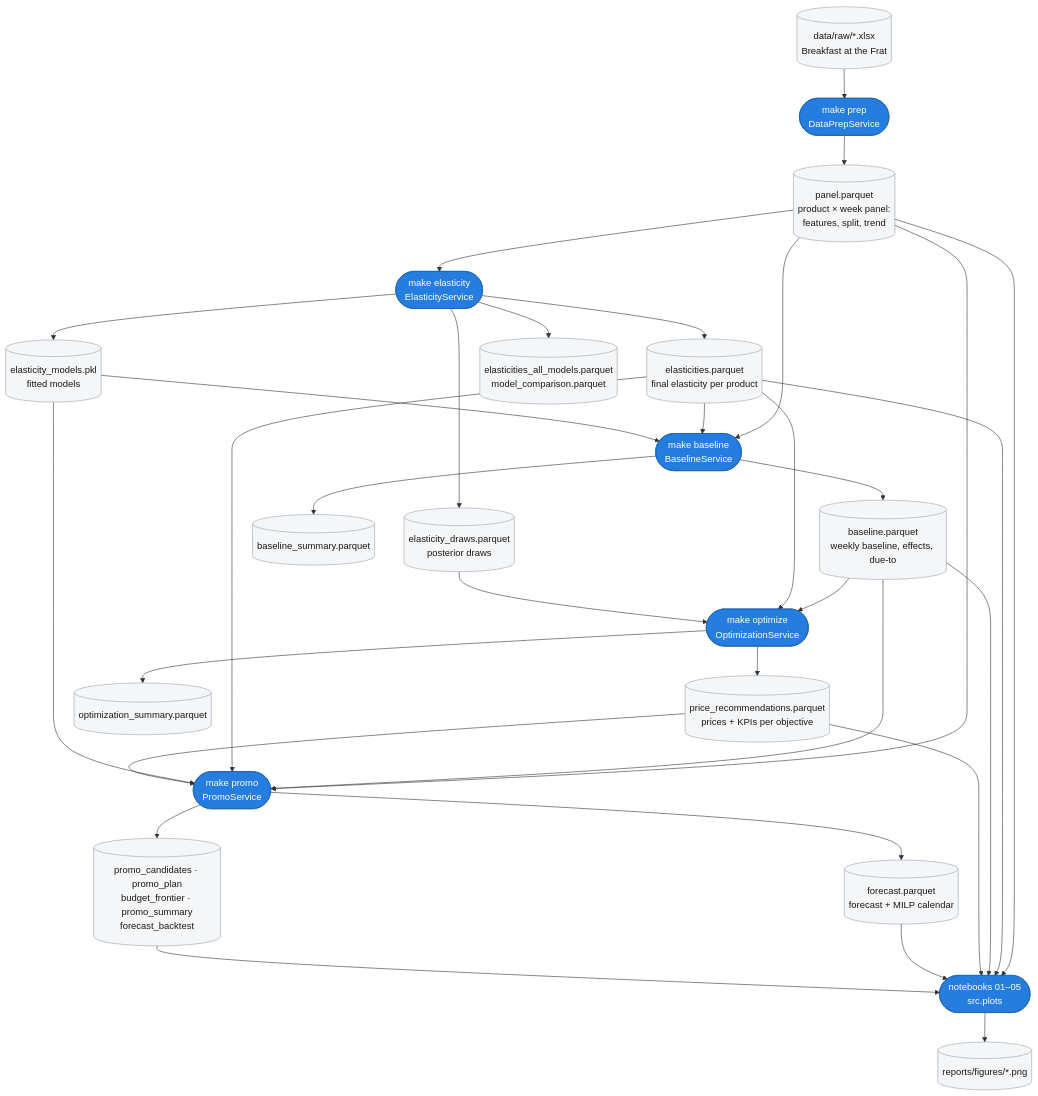
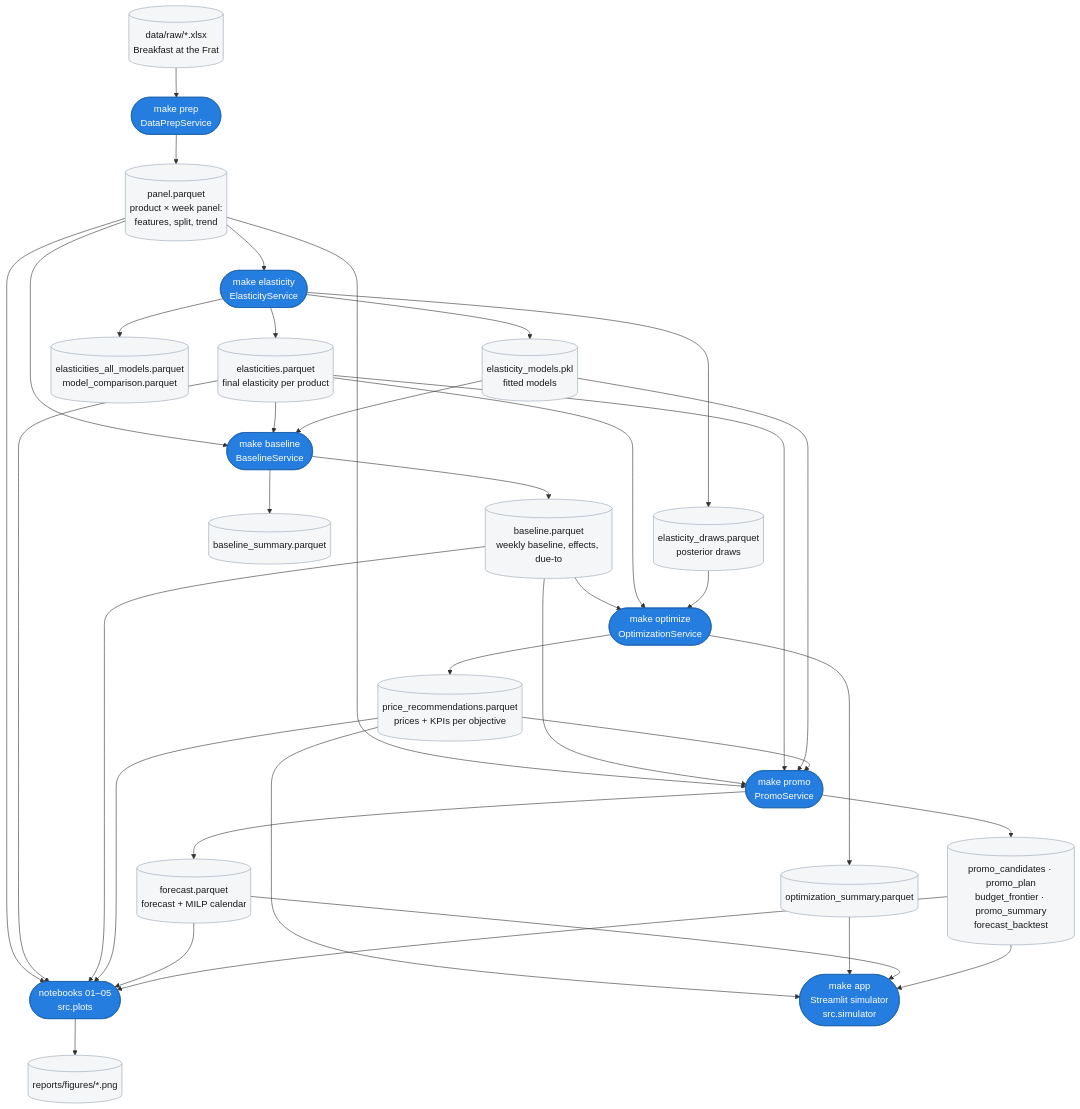
Before and after one commit to mohdzain98/retail-price-optimization: the diagram in docs/architecture.md, drawn with Mermaid. The commit also changed other lines of this file and 92 other files, not shown here.

First line of the commit message:
Phase 6: Streamlit simulator, docs, license and PR file guard

````diff
--- a/docs/architecture.md
+++ b/docs/architecture.md
@@ -11,40 +11,43 @@
 ```mermaid
 flowchart TD
     raw[("data/raw/*.xlsx<br/>Breakfast at the Frat")]
 
     prep(["make prep<br/>DataPrepService"])
     panel[("panel.parquet<br/>product × week panel:<br/>features, split, trend")]
 
     elas(["make elasticity<br/>ElasticityService"])
     final[("elasticities.parquet<br/>final elasticity per product")]
     models[("elasticity_models.pkl<br/>fitted models")]
     draws[("elasticity_draws.parquet<br/>posterior draws")]
     elasx[("elasticities_all_models.parquet<br/>model_comparison.parquet")]
 
     base(["make baseline<br/>BaselineService"])
     baseline[("baseline.parquet<br/>weekly baseline, effects, due-to")]
     basesum[("baseline_summary.parquet")]
 
     opt(["make optimize<br/>OptimizationService"])
     recs[("price_recommendations.parquet<br/>prices + KPIs per objective")]
     optsum[("optimization_summary.parquet")]
 
     promo(["make promo<br/>PromoService"])
     fc[("forecast.parquet<br/>forecast + MILP calendar")]
     promox[("promo_candidates · promo_plan<br/>budget_frontier · promo_summary<br/>forecast_backtest")]
 
     nb(["notebooks 01–05<br/>src.plots"])
     figs[("reports/figures/*.png")]
 
+    app(["make app<br/>Streamlit simulator<br/>src.simulator"])
+
     raw --> prep --> panel
     panel --> elas --> final & models & draws & elasx
     panel & final & models --> base --> baseline & basesum
     baseline & final & draws --> opt --> recs & optsum
     panel & baseline & final & models & recs --> promo --> fc & promox
     panel & final & baseline & recs & fc & promox --> nb --> figs
+    recs & optsum & fc & promox --> app
 
     classDef stage fill:#257de0,stroke:#1b5fab,color:#ffffff
     classDef data fill:#f4f6f8,stroke:#9aa5b1,color:#191919
-    class prep,elas,base,opt,promo,nb stage
+    class prep,elas,base,opt,promo,nb,app stage
     class raw,panel,final,models,draws,elasx,baseline,basesum,recs,optsum,fc,promox,figs data
 ```
````
